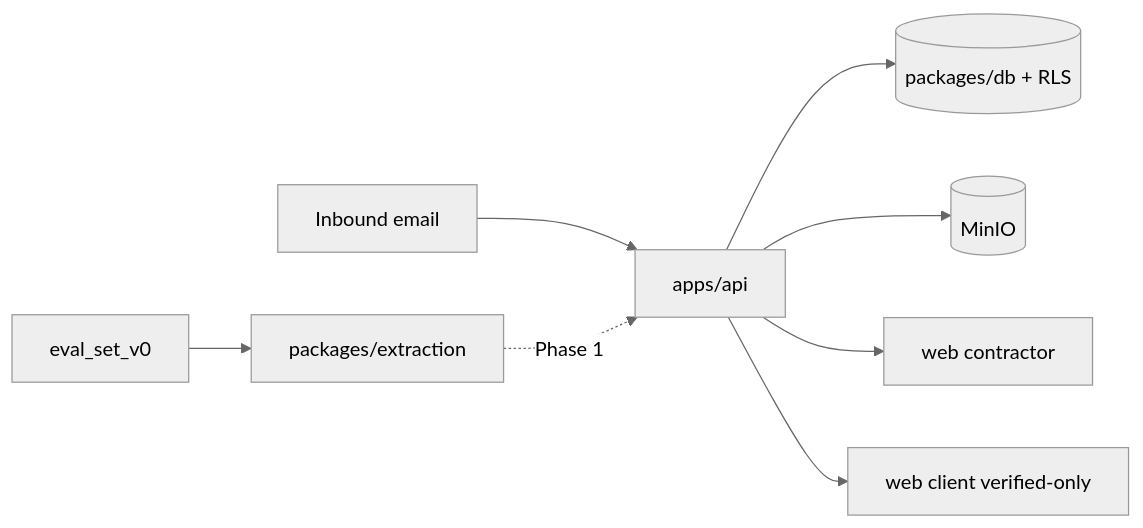
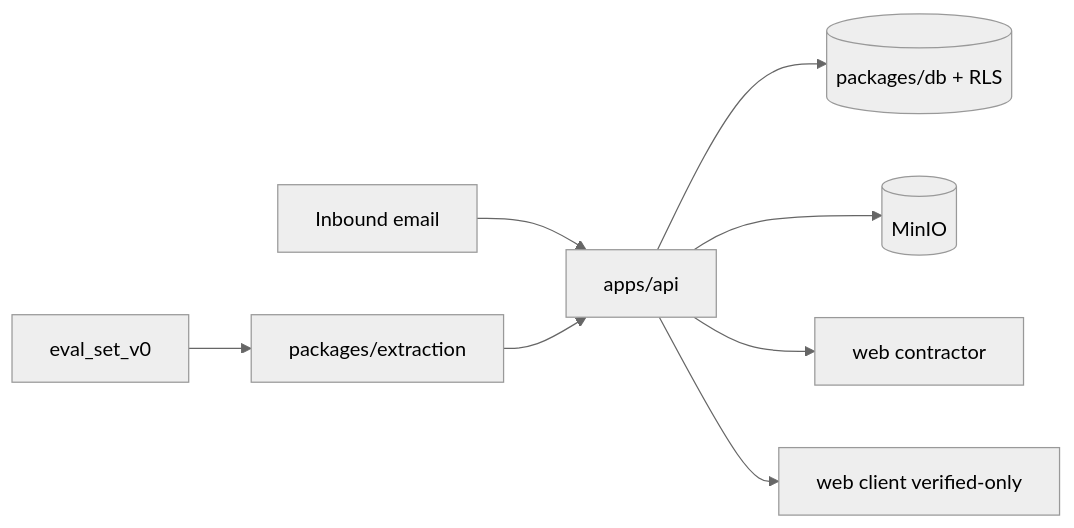
One commit to Adya6714/EquiContracts changed the diagram in README.md. Above: the diagram before and after it, drawn with Mermaid (neutral theme). The commit also changed other lines of this file and 42 other files, not shown here.

````diff
--- a/README.md
+++ b/README.md
@@ -40,10 +38,10 @@
 ```mermaid
 flowchart LR
   Email[Inbound email] --> API[apps/api]
   API --> DB[(packages/db + RLS)]
   API --> Obj[(MinIO)]
-  Ext[packages/extraction] -.->|Phase 1| API
+  Ext[packages/extraction] --> API
   API --> WebC[web contractor]
   API --> WebL[web client verified-only]
   Eval[eval_set_v0] --> Ext
 ```
````
